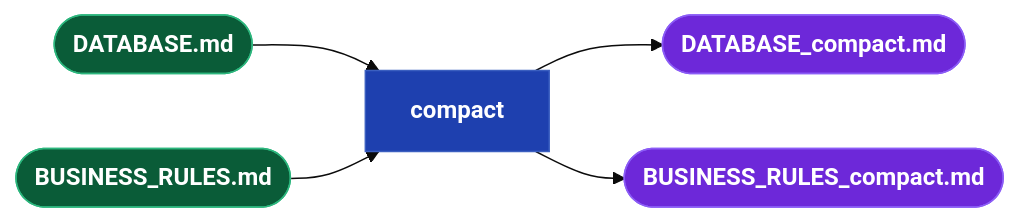
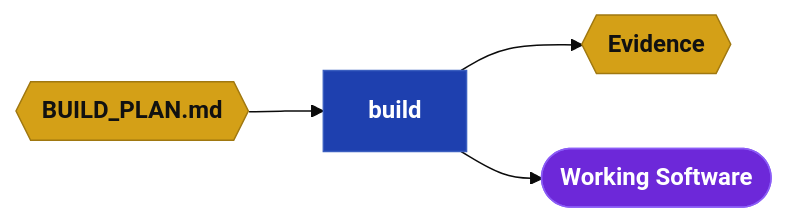
One commit to webcloudstudio/Drydock changed the fourth of 10 diagrams in docs/Drydock_Specification.md. Above: the diagram before and after it, drawn with Mermaid (base theme). The commit also changed other lines of this file and 2 other files, not shown here.

First line of the commit message:
Restructure specification around the Setup-Plan-Build-Iterate lifecycle

````diff
--- a/docs/Drydock_Specification.md
+++ b/docs/Drydock_Specification.md
@@ -403,11 +391,13 @@
 ```mermaid
 flowchart LR
   classDef dir    fill:#0a5c38,stroke:#2cb67d,color:#fff,font-weight:bold
+  classDef md     fill:#d4a017,stroke:#a07810,color:#111,font-weight:bold
   classDef script fill:#1e40af,stroke:#3b5fc0,color:#fff,font-weight:bold
+  classDef prompt fill:#c2410c,stroke:#ea580c,color:#fff,font-weight:bold
   classDef output fill:#6d28d9,stroke:#8b5cf6,color:#fff,font-weight:bold
+  classDef web    fill:#be123c,stroke:#fb7185,color:#fff,font-weight:bold
 
-  DB(["DATABASE.md"]):::dir --> COMPACT["compact"]:::script
-  BR(["BUSINESS_RULES.md"]):::dir --> COMPACT
-  COMPACT --> DBC(["DATABASE_compact.md"]):::output
-  COMPACT --> BRC(["BUSINESS_RULES_compact.md"]):::output
+  BP{{"BUILD_PLAN.md"}}:::md --> BUILD["build"]:::script
+  BUILD --> EV{{"Evidence"}}:::md
+  BUILD --> SOFTWARE(["Working Software"]):::output
 ```
````
